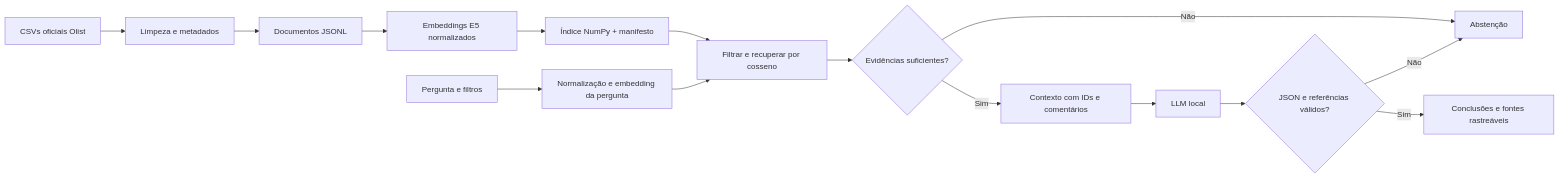
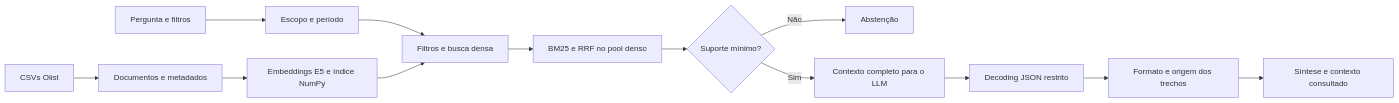
One commit to renatobortolotto/fiap-fase4 changed the diagram in README.md. Above: the diagram before and after it, drawn with Mermaid. The commit also changed other lines of this file and 33 other files, not shown here.

````diff
--- a/README.md
+++ b/README.md
@@ -128,17 +177,15 @@
 ```mermaid
 flowchart LR
-    A[CSVs oficiais Olist] --> B[Limpeza e metadados]
-    B --> C[Documentos JSONL]
-    C --> D[Embeddings E5 normalizados]
-    D --> E[Índice NumPy + manifesto]
-    Q[Pergunta e filtros] --> F[Normalização e embedding da pergunta]
-    E --> G[Filtrar e recuperar por cosseno]
-    F --> G
-    G --> H{Evidências suficientes?}
-    H -- Não --> I[Abstenção]
-    H -- Sim --> J[Contexto com IDs e comentários]
-    J --> K[LLM local]
-    K --> L{JSON e referências válidos?}
-    L -- Não --> I
-    L -- Sim --> M[Conclusões e fontes rastreáveis]
+    A[CSVs Olist] --> B[Documentos e metadados]
+    B --> C[Embeddings E5 e índice NumPy]
+    Q[Pergunta e filtros] --> G[Escopo e período]
+    G --> R[Filtros e busca densa]
+    C --> R
+    R --> H[BM25 e RRF no pool denso]
+    H --> S{Suporte mínimo?}
+    S -- Não --> X[Abstenção]
+    S -- Sim --> L[Contexto completo para o LLM]
+    L --> D[Decoding JSON restrito]
+    D --> V[Formato e origem dos trechos]
+    V --> O[Síntese e contexto consultado]
 ```
````
